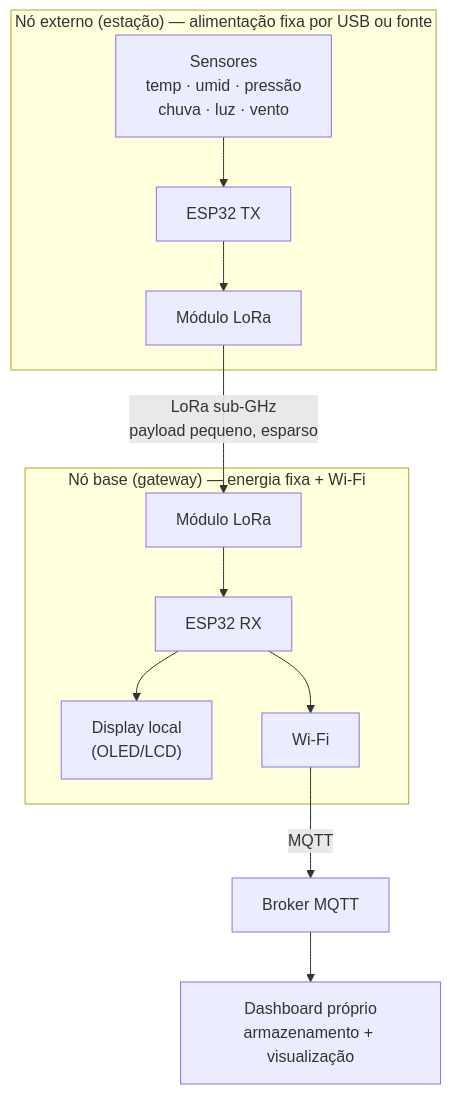
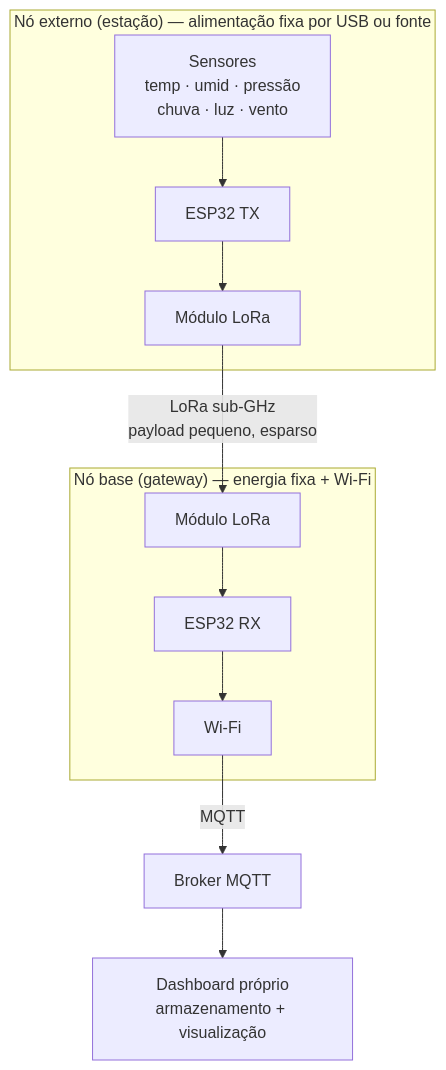
Before and after one commit to BrunoBReis/trabalho_embarcados: the diagram in README.md, drawn with Mermaid.

Commit message:
docs: removing display

````diff
--- a/README.md
+++ b/README.md
@@ -83,19 +83,18 @@
 ```mermaid
 
 flowchart TD
     subgraph EXT["Nó externo (estação) — alimentação fixa por USB ou fonte"]
         S["Sensores<br/>temp · umid · pressão<br/>chuva · luz · vento"] --> E1["ESP32 TX"]
         E1 --> L1["Módulo LoRa"]
     end
 
     L1 -- "LoRa sub-GHz<br/>payload pequeno, esparso" --> L2["Módulo LoRa"]
 
     subgraph BASE["Nó base (gateway) — energia fixa + Wi-Fi"]
         L2 --> E2["ESP32 RX"]
-        E2 --> D["Display local<br/>(OLED/LCD)"]
         E2 --> W["Wi-Fi"]
     end
 
     W -- "MQTT" --> B["Broker MQTT"]
     B --> DB["Dashboard próprio<br/>armazenamento + visualização"]
 ```
````
